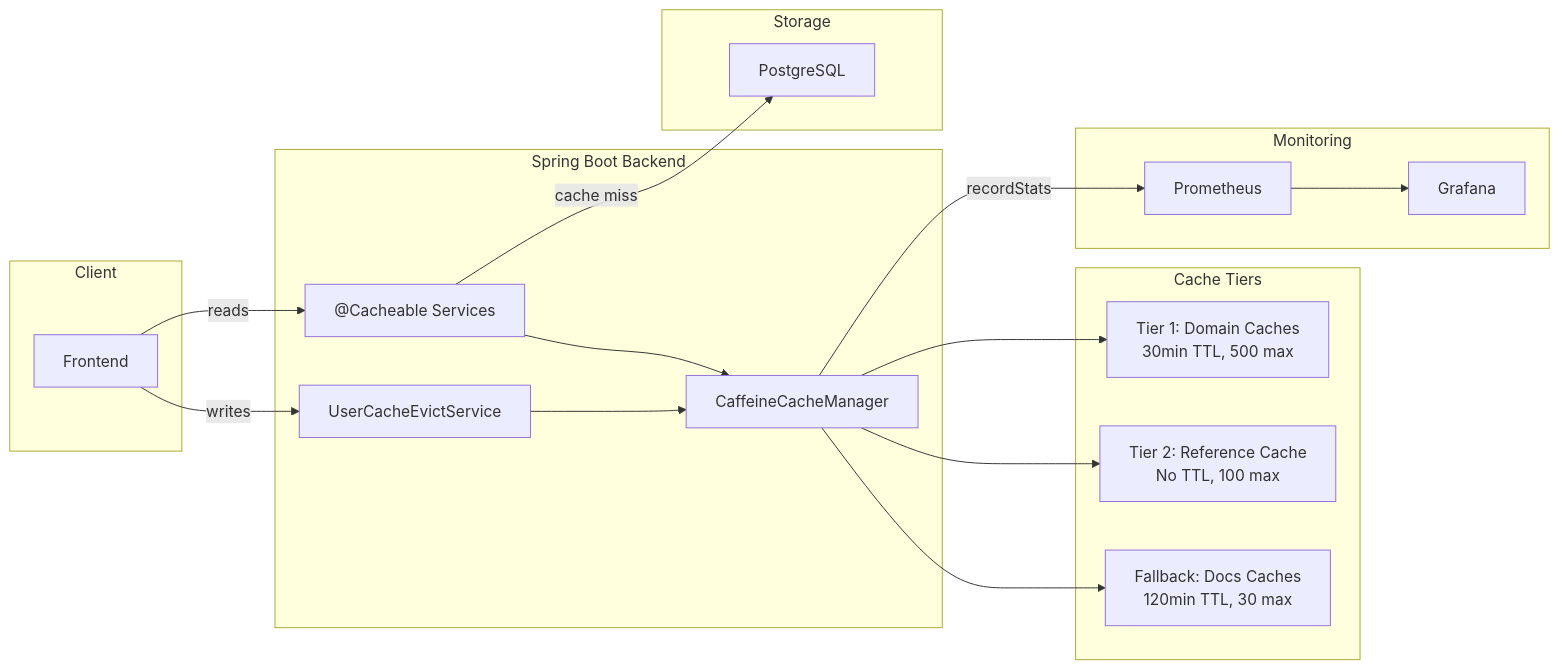
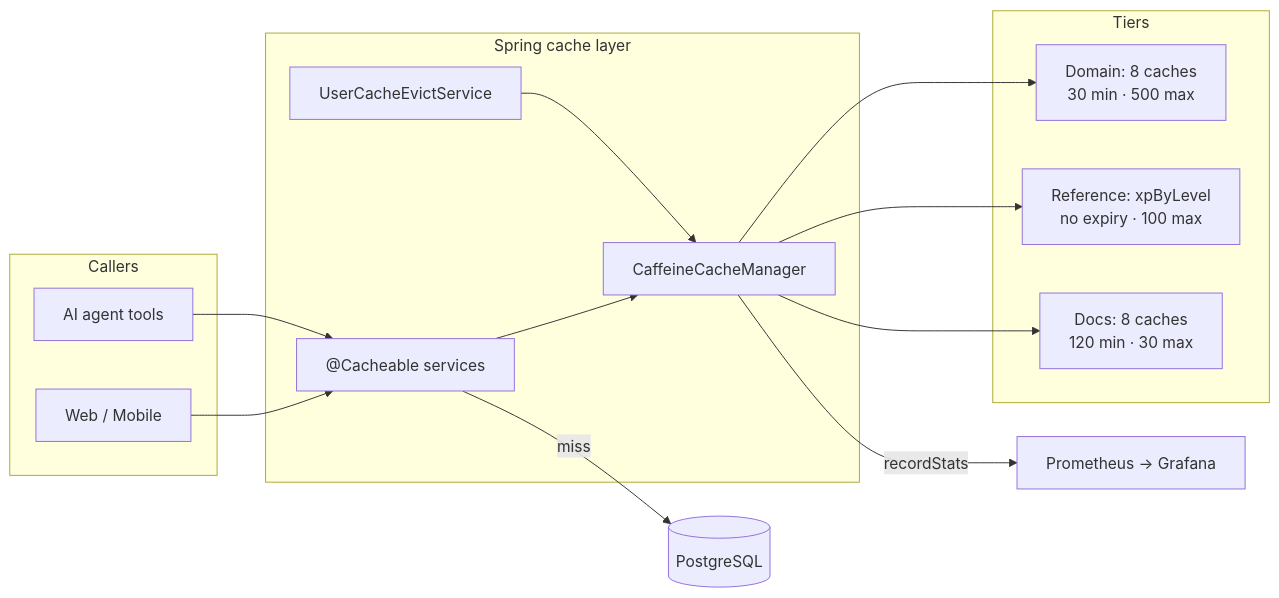
One commit to AndDev741/Beyou-arch-design changed the diagram in architecture/cache-system/en.md. Above: the diagram before and after it, drawn with Mermaid. The commit also changed other lines of this file and 7 other files, not shown here.

First line of the commit message:
docs(architecture): refresh the AOP and cache topics against main

````diff
--- a/architecture/cache-system/en.md
+++ b/architecture/cache-system/en.md
@@ -10,38 +10,29 @@
 ```mermaid
 flowchart LR
-  subgraph "Client"
-    FE["Frontend"]
+  subgraph clients["Callers"]
+    FE["Web / Mobile"]
+    AG["AI agent tools"]
   end
 
-  subgraph "Spring Boot Backend"
-    SC["@Cacheable Services"]
+  subgraph spring["Spring cache layer"]
+    SC["@Cacheable services"]
     EC["UserCacheEvictService"]
     CM["CaffeineCacheManager"]
   end
 
-  subgraph "Cache Tiers"
-    T1["Tier 1: Domain Caches\n30min TTL, 500 max"]
-    T2["Tier 2: Reference Cache\nNo TTL, 100 max"]
-    T3["Fallback: Docs Caches\n120min TTL, 30 max"]
+  subgraph tiers["Tiers"]
+    T1["Domain: 8 caches<br/>30 min · 500 max"]
+    T2["Reference: xpByLevel<br/>no expiry · 100 max"]
+    T3["Docs: 8 caches<br/>120 min · 30 max"]
   end
 
-  subgraph "Storage"
-    DB["PostgreSQL"]
-  end
-
-  subgraph "Monitoring"
-    PR["Prometheus"]
-    GR["Grafana"]
-  end
-
-  FE -->|reads| SC
-  FE -->|writes| EC
+  FE --> SC
+  AG --> SC
   SC --> CM
   EC --> CM
   CM --> T1
   CM --> T2
   CM --> T3
-  SC -->|cache miss| DB
-  CM -->|recordStats| PR
-  PR --> GR
+  SC -->|"miss"| DB[("PostgreSQL")]
+  CM -->|"recordStats"| PR["Prometheus → Grafana"]
 ```
````
